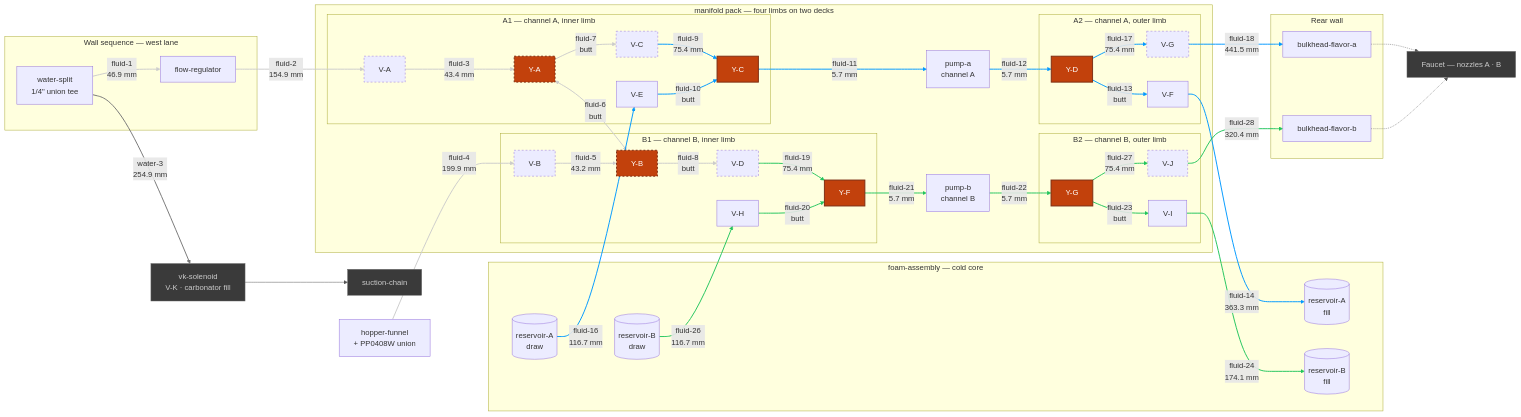
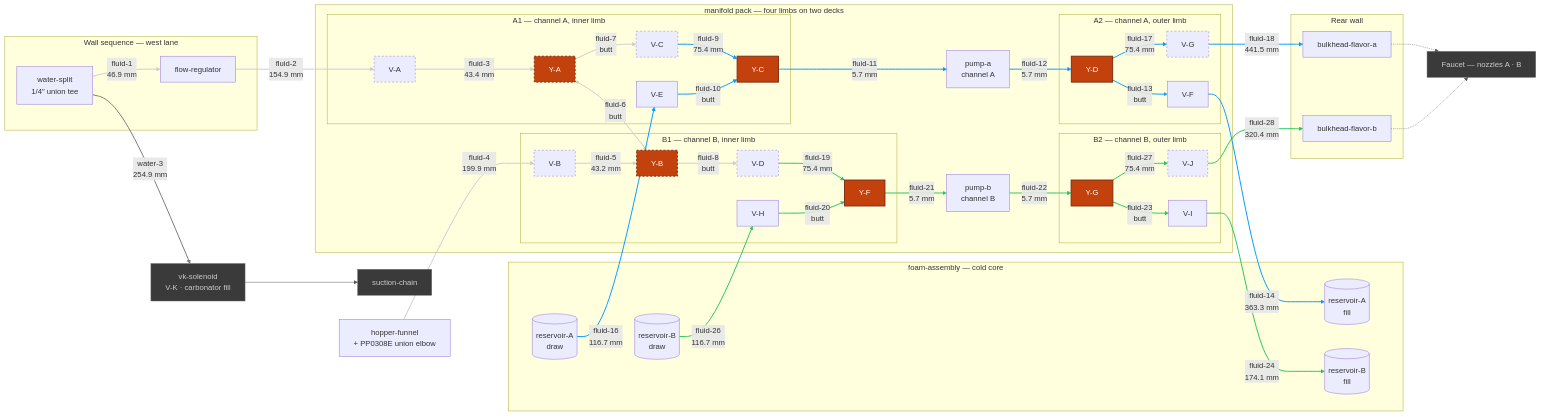
One commit to derekbreden/homesodamachine changed the diagram in hardware/topology/fluid-topology-manifold.mmd. Above: the diagram before and after it, drawn with Mermaid. The commit also changed 6 other files, not shown here.

```diff
--- a/hardware/topology/fluid-topology-manifold.mmd
+++ b/hardware/topology/fluid-topology-manifold.mmd
@@ -40,10 +40,11 @@
 
   %% The basin on the top-wall rim ledge behind the display facet, draining by gravity. The fold
   %% turns V-B's inlet to face the back of the machine. One node covers the basin and the joint
-  %% under it: the spout carries a clamped 1/4" stub and that stub pushes into a PP0408W union,
-  %% which is the one fitting on this chart the CUSTOMER opens — the basin comes out of the
-  %% machine at that collet and goes into the dishwasher.
-  Hopper["hopper-funnel<br/>+ PP0408W union"]
+  %% under it: the spout carries a clamped 1/4" stub and that stub pushes into the +Z leg of a
+  %% PP0308E union elbow, which turns the fall aft on its own +Y leg. That +Z collet is the one
+  %% fitting on this chart the CUSTOMER opens — the basin comes out of the machine there and
+  %% goes into the dishwasher.
+  Hopper["hopper-funnel<br/>+ PP0308E union elbow"]
 
   %% =========================
   %% The flavour manifold
```
